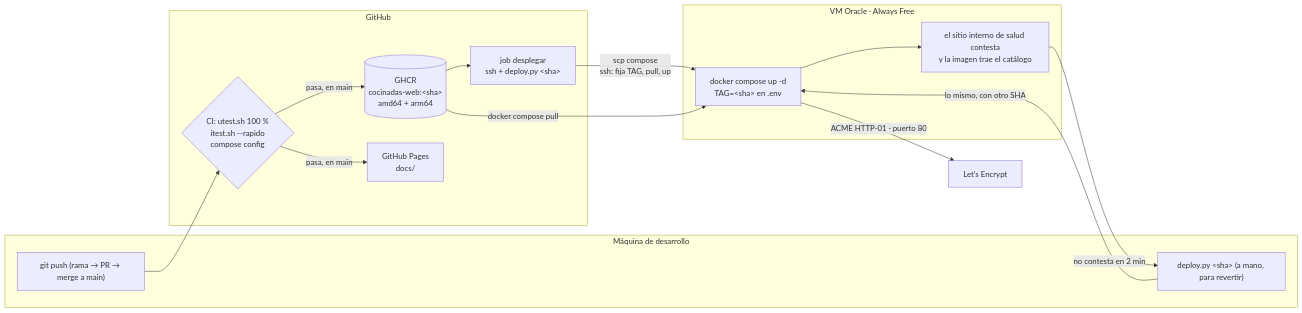
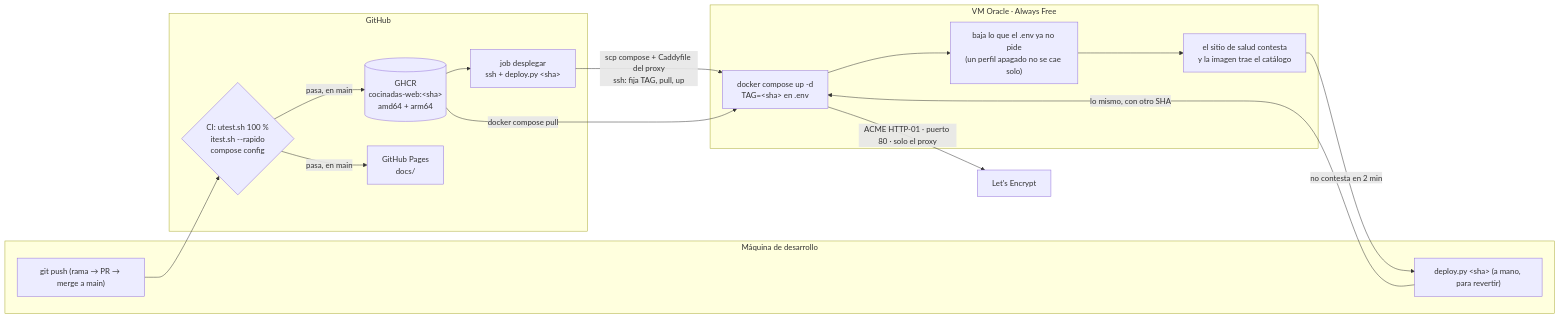
The diagram in docs/diagrams/despliegue.mmd (carlos-illobre/cocinadas), drawn with Mermaid before and after one commit. The commit also changed 23 other files, not shown here.

```diff
--- a/docs/diagrams/despliegue.mmd
+++ b/docs/diagrams/despliegue.mmd
@@ -1,26 +1,27 @@
 flowchart LR
   subgraph dev["Máquina de desarrollo"]
     push["git push (rama → PR → merge a main)"]
     manual["deploy.py &lt;sha&gt; (a mano, para revertir)"]
   end
   subgraph gh["GitHub"]
     ci{"CI: utest.sh 100 %<br/>itest.sh --rapido<br/>compose config"}
     ghcr[("GHCR<br/>cocinadas-web:&lt;sha&gt;<br/>amd64 + arm64")]
     pages["GitHub Pages<br/>docs/"]
     deploy["job desplegar<br/>ssh + deploy.py &lt;sha&gt;"]
   end
   subgraph vm["VM Oracle · Always Free"]
     compose["docker compose up -d<br/>TAG=&lt;sha&gt; en .env"]
-    health["el sitio interno de salud contesta<br/>y la imagen trae el catálogo"]
+    limpieza["baja lo que el .env ya no pide<br/>(un perfil apagado no se cae solo)"]
+    health["el sitio de salud contesta<br/>y la imagen trae el catálogo"]
   end
   le["Let's Encrypt"]
   push --> ci
   ci -- "pasa, en main" --> ghcr
   ci -- "pasa, en main" --> pages
   ghcr --> deploy
-  deploy -- "scp compose<br/>ssh: fija TAG, pull, up" --> compose
+  deploy -- "scp compose + Caddyfile del proxy<br/>ssh: fija TAG, pull, up" --> compose
   manual -- "lo mismo, con otro SHA" --> compose
   ghcr -- "docker compose pull" --> compose
-  compose --> health
+  compose --> limpieza --> health
   health -- "no contesta en 2 min" --> manual
-  compose -- "ACME HTTP-01 · puerto 80" --> le
+  compose -- "ACME HTTP-01 · puerto 80 · solo el proxy" --> le
```
